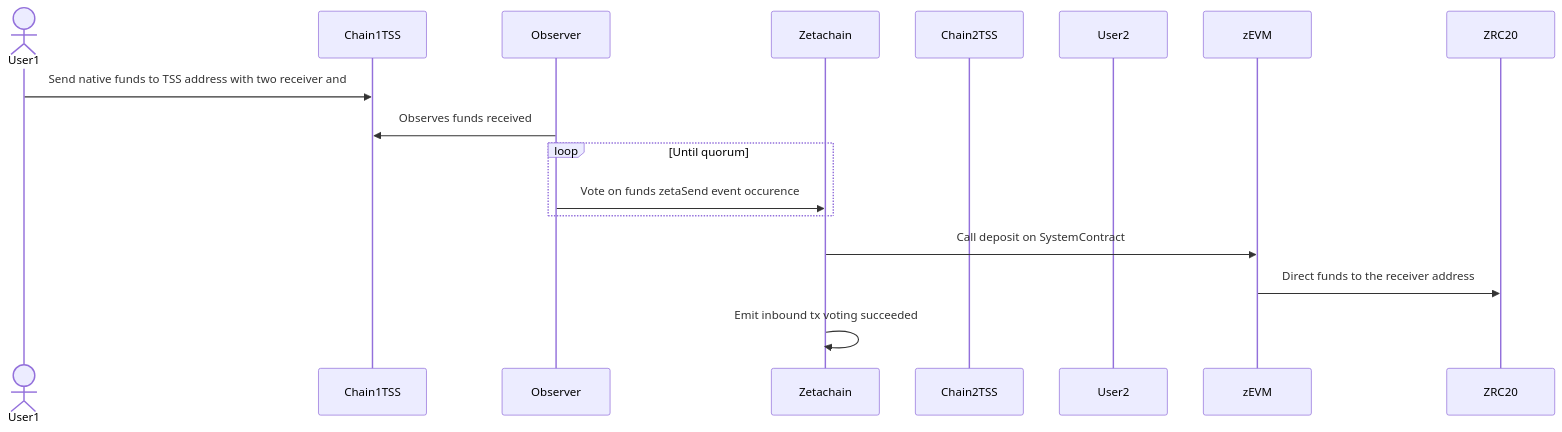
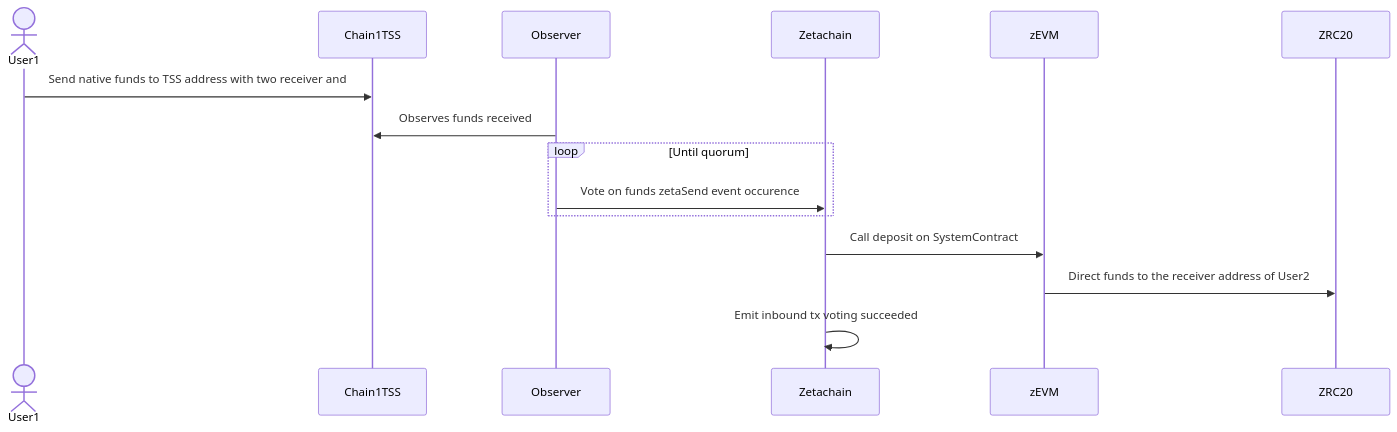
The diagram in phase-2/flow_graphs/TSSDirectSendBitcoin.mmd (O-Three-Two/2023-10-zetachain-alpha), drawn with Mermaid before and after one commit.

```diff
--- a/phase-2/flow_graphs/TSSDirectSendBitcoin.mmd
+++ b/phase-2/flow_graphs/TSSDirectSendBitcoin.mmd
@@ -1,19 +1,17 @@
 
 
 sequenceDiagram
 
     Actor User1
     participant Chain1TSS
     participant Observer 
     participant Zetachain 
-    participant Chain2TSS
-    participant User2 
 
     User1->>Chain1TSS: Send native funds to TSS address with two receiver and 
     Observer->>Chain1TSS: Observes funds received
     loop Until quorum
         Observer->>Zetachain: Vote on funds zetaSend event occurence
     end
     Zetachain->>zEVM: Call deposit on SystemContract
-    zEVM->>ZRC20: Direct funds to the receiver address
+    zEVM->>ZRC20: Direct funds to the receiver address of User2
     Zetachain->>Zetachain: Emit inbound tx voting succeeded
```
